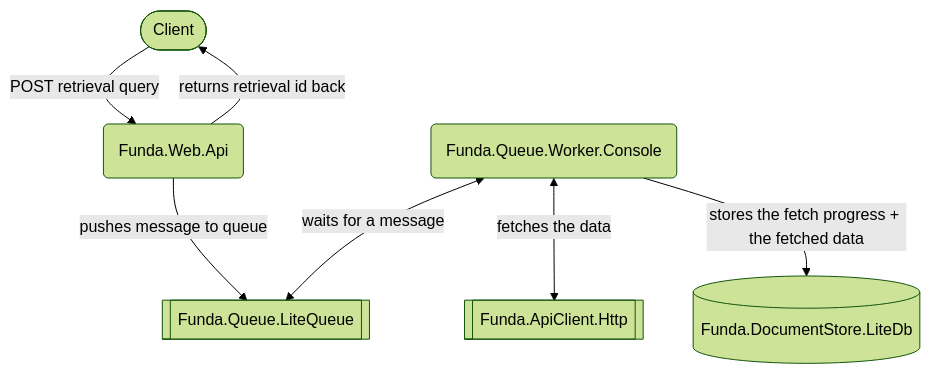
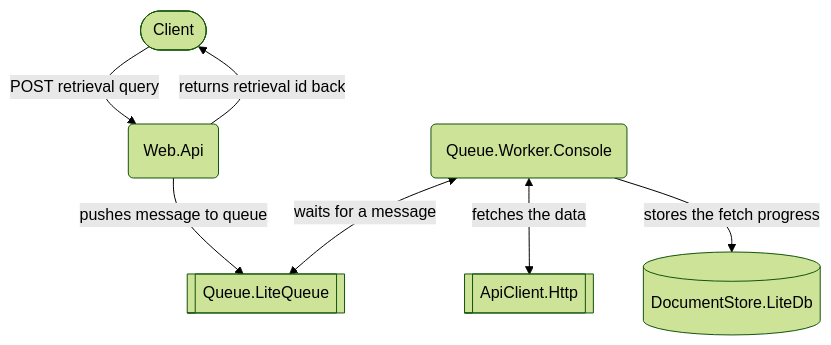
The second of 2 diagrams in README.md (AVykhrystyuk/funda), drawn with Mermaid (forest theme) before and after one commit. The commit also changed other lines of this file, not shown here.

````diff
--- a/README.md
+++ b/README.md
@@ -54,16 +54,16 @@
 ```mermaid
 %% This diagram needs to be rendered, for example, GitHub renders it by default.
 flowchart TB
     C([Client])
-    WebApi(Funda.Web.Api)
-    Queue[[Funda.Queue.LiteQueue]]
-    Worker(Funda.Queue.Worker.Console)
-    KVStore[(Funda.DocumentStore.LiteDb)]
-    ApiClient[[Funda.ApiClient.Http]]
+    WebApi(Web.Api)
+    Queue[[Queue.LiteQueue]]
+    Worker(Queue.Worker.Console)
+    KVStore[(DocumentStore.LiteDb)]
+    ApiClient[[ApiClient.Http]]
     
     C-- POST retrieval query -->WebApi-- pushes message to queue --> Queue
     WebApi-- returns retrieval id back -->C
     Worker<-- waits for a message  -->Queue
     Worker<-- fetches the data  --> ApiClient
-    Worker-- stores the fetch progress + the fetched data --> KVStore
+    Worker-- stores the fetch progress --> KVStore
 ```
````
